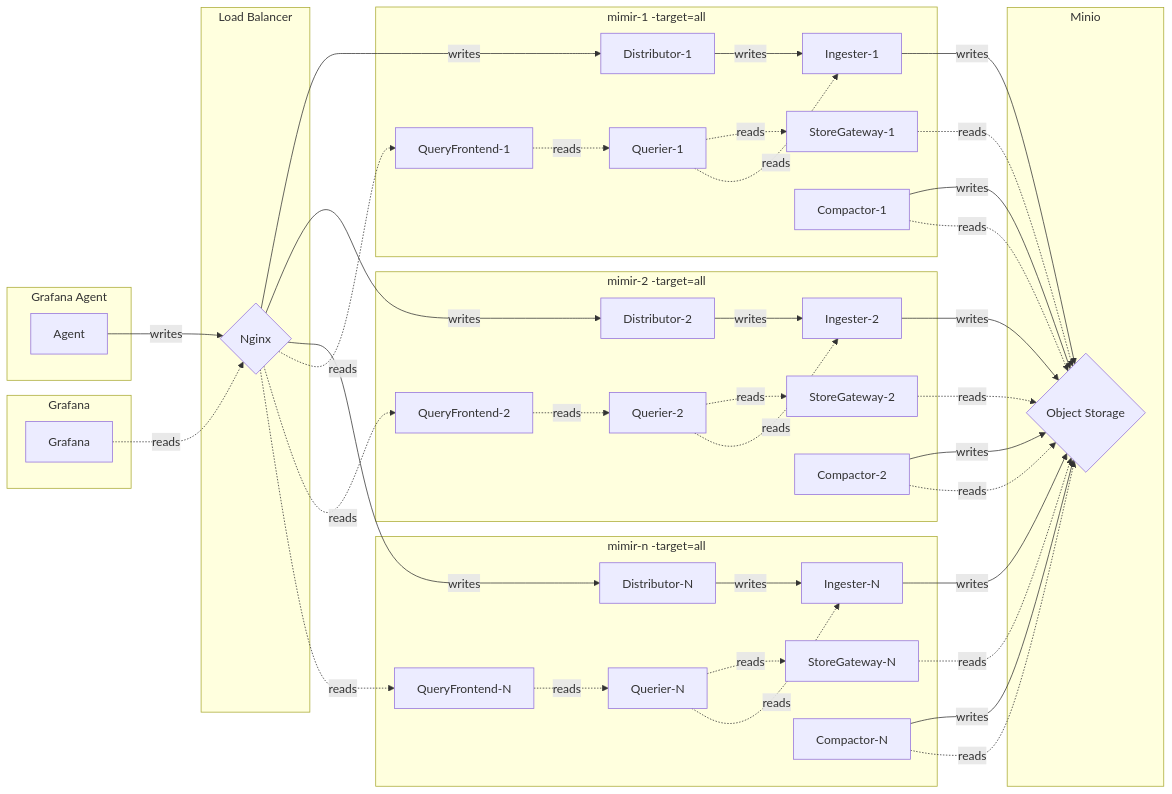
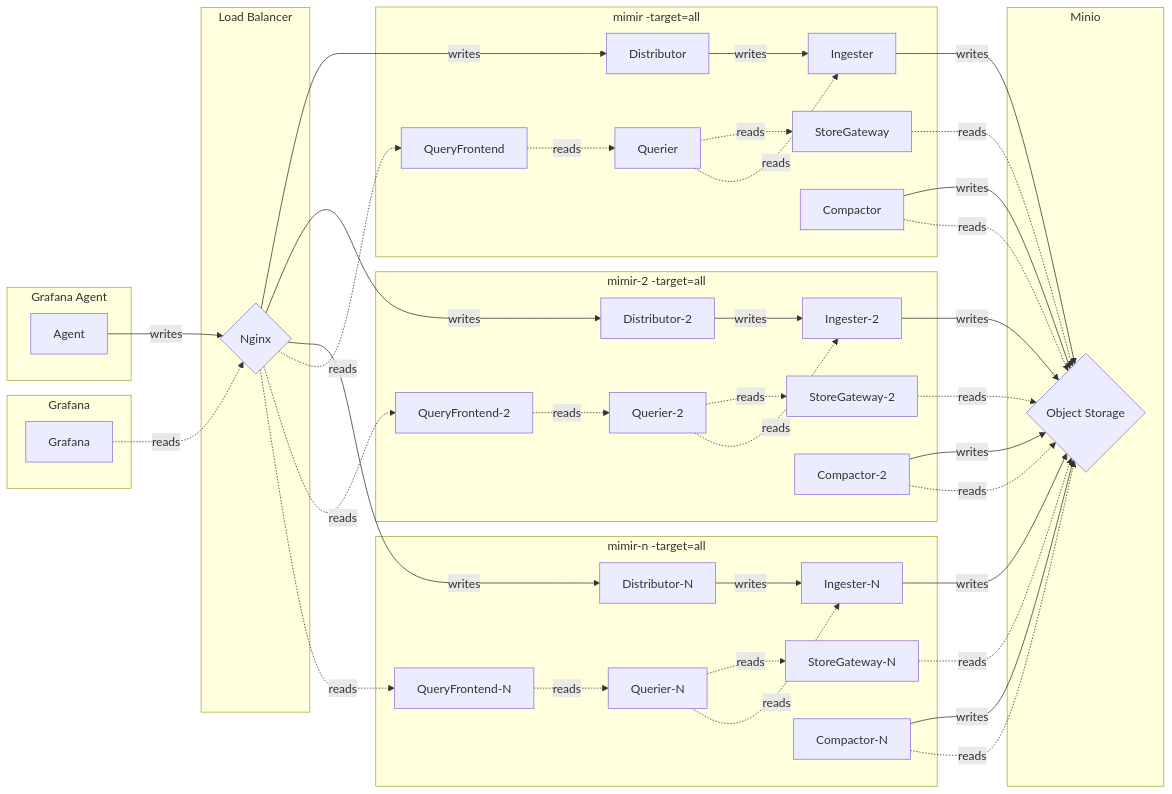
The second of 2 diagrams in docker-compose/monolithic-mode/metrics/README.md (qclaogui/codelab-monitoring), drawn with Mermaid before and after one commit. The commit also changed other lines of this file and 21 other files, not shown here.

````diff
--- a/docker-compose/monolithic-mode/metrics/README.md
+++ b/docker-compose/monolithic-mode/metrics/README.md
@@ -48,61 +44,61 @@
 ```mermaid
 flowchart LR
-    Agent -->|writes| Nginx -->|writes| Distributor-1 -->|writes| Ingester-1 -->|writes| ObjectStorage
+    Agent -->|writes| Nginx -->|writes| Distributor -->|writes| Ingester -->|writes| ObjectStorage
     
     Nginx -->|writes| Distributor-2 -->|writes| Ingester-2 -->|writes| ObjectStorage
     Nginx -->|writes| Distributor-N -->|writes| Ingester-N -->|writes| ObjectStorage
     
-    Grafana -.->|reads| Nginx -.->|reads| QueryFrontend-1 -.->|reads| Querier-1 -.->|reads| StoreGateway-1 -.->|reads| ObjectStorage
+    Grafana -.->|reads| Nginx -.->|reads| QueryFrontend -.->|reads| Querier -.->|reads| StoreGateway -.->|reads| ObjectStorage
     
     Nginx -.->|reads| QueryFrontend-2 -.->|reads| Querier-2 -.->|reads| StoreGateway-2 -.->|reads| ObjectStorage
     Nginx -.->|reads| QueryFrontend-N -.->|reads| Querier-N -.->|reads| StoreGateway-N -.->|reads| ObjectStorage
 
     subgraph Minio
         ObjectStorage{"Object Storage"}
     end
 
     subgraph GrafanaAgent["Grafana Agent"]
         Agent
     end
 
     subgraph GFGraph["Grafana"]
         Grafana
     end
 
     subgraph GateWay["Load Balancer"]
         Nginx{"Nginx"}
     end
 
-    subgraph Mimir1["mimir-1 -target=all"]
-        Ingester-1
-        Distributor-1
-        StoreGateway-1
-        QueryFrontend-1
-        Querier-1 -.->|reads| Ingester-1
+    subgraph Mimir["mimir -target=all"]
+        Ingester
+        Distributor
+        StoreGateway
+        QueryFrontend
+        Querier -.->|reads| Ingester
         
-        Compactor-1 --> |writes| ObjectStorage
-        Compactor-1 -.->|reads | ObjectStorage
+        Compactor --> |writes| ObjectStorage
+        Compactor -.->|reads | ObjectStorage
     end
 
     subgraph Mimir2["mimir-2 -target=all"]
         Ingester-2
         Distributor-2
         StoreGateway-2
         QueryFrontend-2
         Querier-2 -.->|reads| Ingester-2
         
         Compactor-2 --> |writes| ObjectStorage
         Compactor-2 -.->|reads | ObjectStorage
     end
 
     subgraph MimirN["mimir-n -target=all"]
         Ingester-N
         Distributor-N
         StoreGateway-N
         QueryFrontend-N
         Querier-N -.->|reads| Ingester-N
         
         Compactor-N --> |writes| ObjectStorage
         Compactor-N -.->|reads | ObjectStorage
     end
 ```
````
